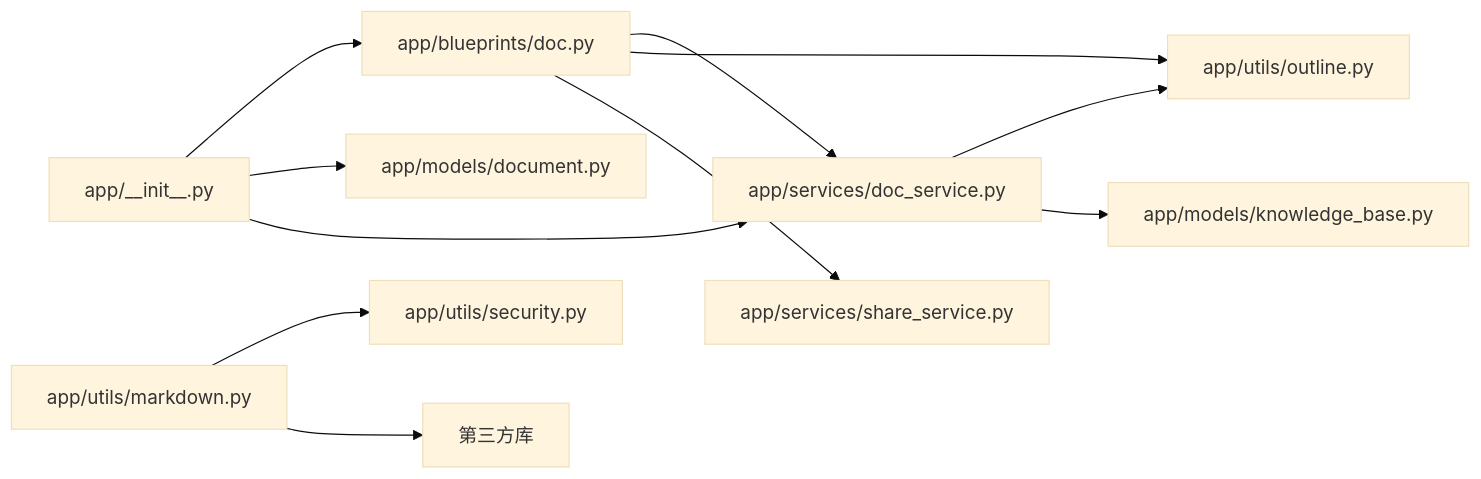
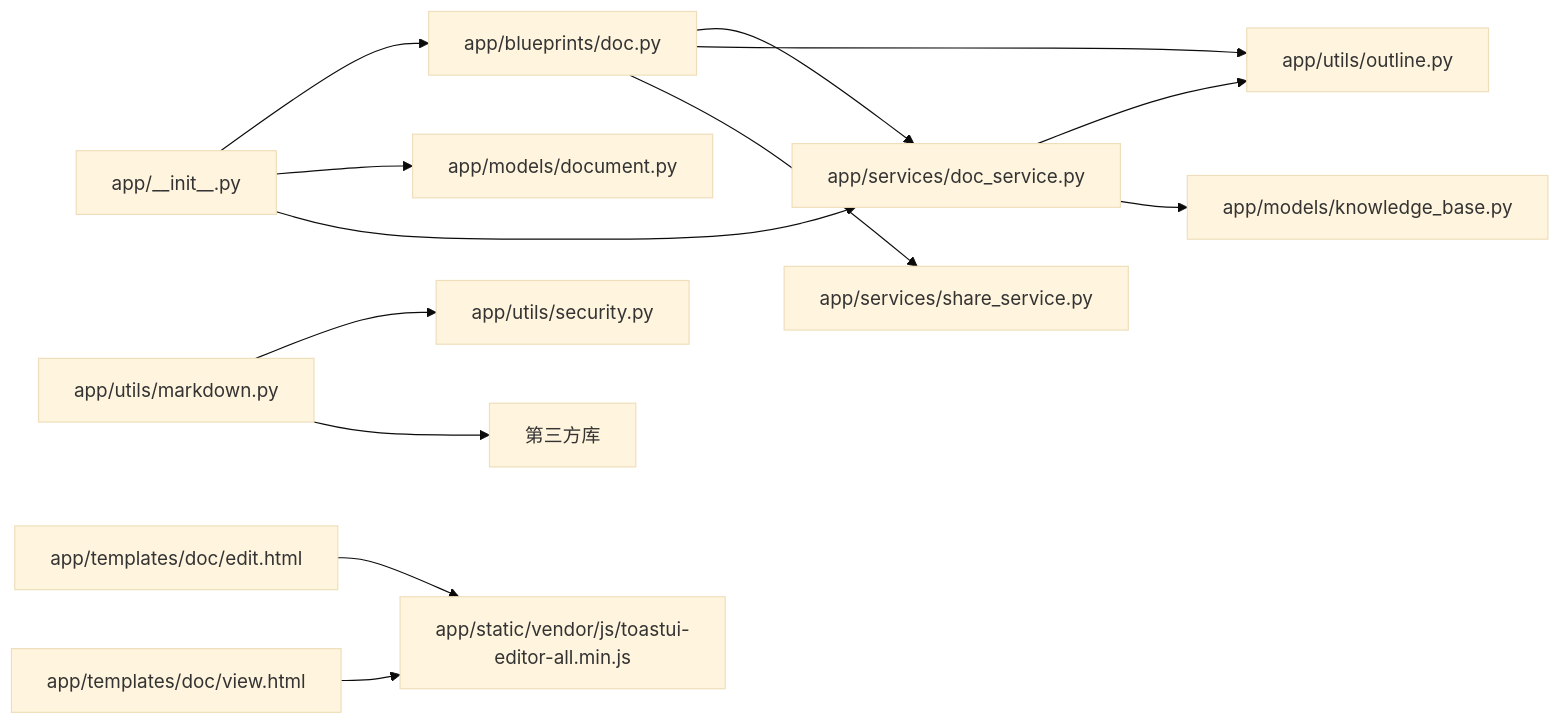
Diagram 15 of 16 in .qoder/repowiki/zh/content/架构设计/蓝图系统设计/文档蓝图 (Document Blueprint).md (beyondalbert/my_wiki), drawn with Mermaid (base theme) before and after one commit. The commit also changed other lines of this file and 9 other files, not shown here.

````diff
--- a/.qoder/repowiki/zh/content/架构设计/蓝图系统设计/文档蓝图 (Document Blueprint).md
+++ b/.qoder/repowiki/zh/content/架构设计/蓝图系统设计/文档蓝图 (Document Blueprint).md
@@ -530,13 +538,15 @@
 ```mermaid
 graph LR
 A[app/__init__.py] --> B[app/blueprints/doc.py]
 A --> C[app/models/document.py]
 A --> D[app/services/doc_service.py]
 B --> D
 B --> E[app/utils/outline.py]
 B --> F[app/services/share_service.py]
 D --> E
 D --> G[app/models/knowledge_base.py]
 H[app/utils/markdown.py] --> I[app/utils/security.py]
 H --> J[第三方库]
+K[app/templates/doc/edit.html] --> L[app/static/vendor/js/toastui-editor-all.min.js]
+M[app/templates/doc/view.html] --> L
 ```
````
